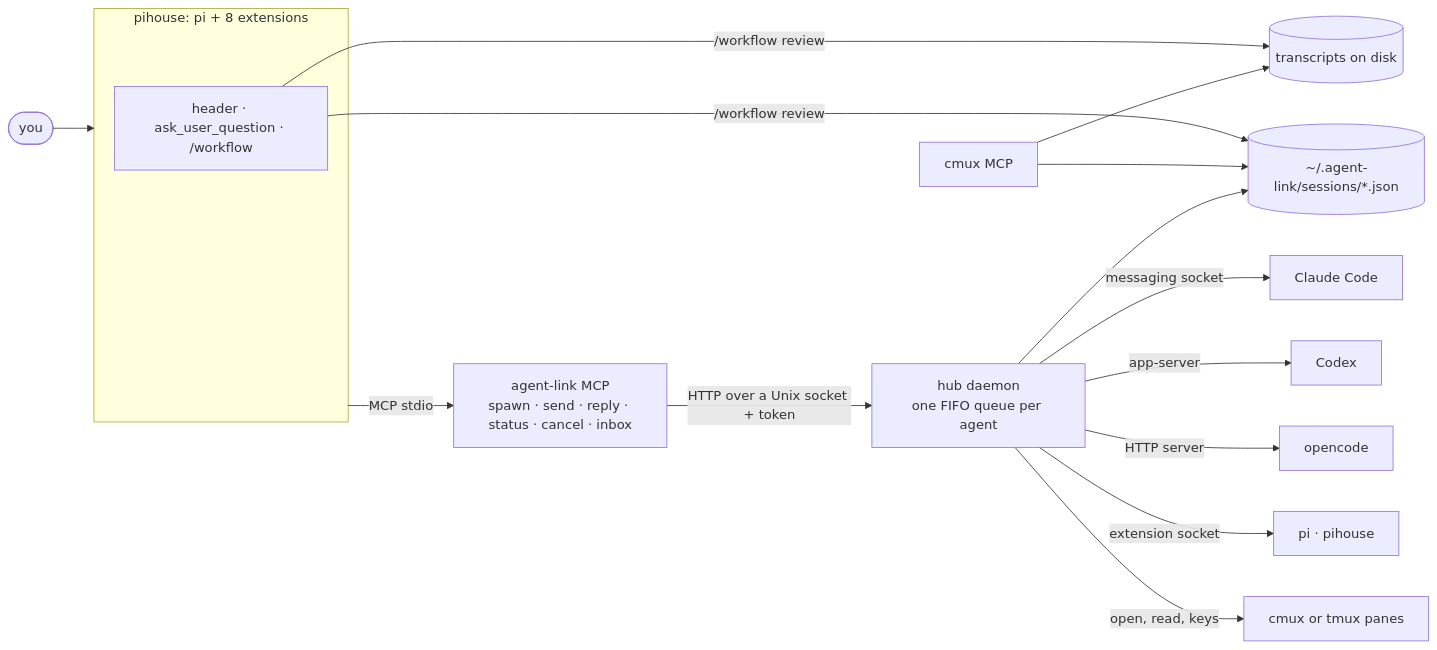
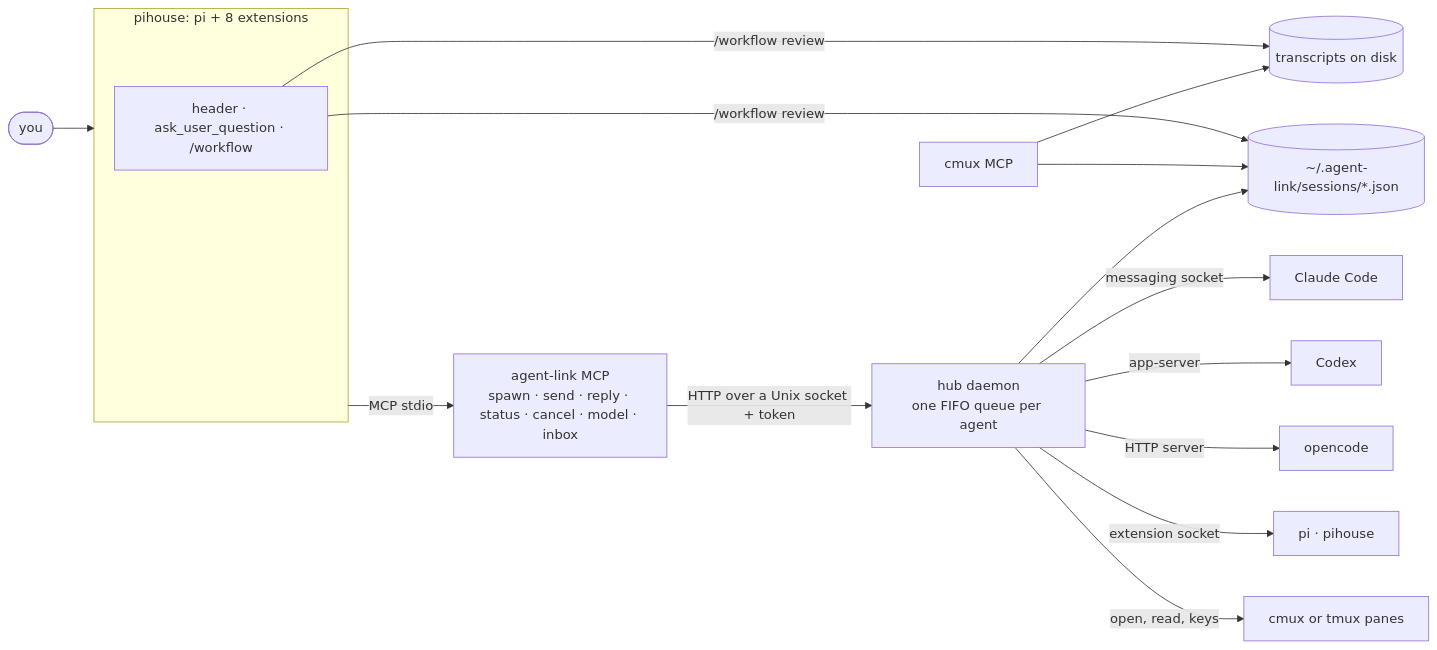
One commit to Jero110/pi-house changed the third of 3 diagrams in README.md. Above: the diagram before and after it, drawn with Mermaid. The commit also changed other lines of this file and 2 other files, not shown here.

Commit message:
docs: the model tool in the agent-link docs and installed skill
Problem: the README, architecture doc and the installed agent-link skill still listed seven MCP tools, so no agent or reader
knew that a worker's model can be changed, or what retry and interrupt do.
Example: a Haiku worker hits a rate limit; a parent reading the skill had no way to learn that model({ retry: true }) sends
the failed message once after the switch, or that interrupt continues the task instead of repeating it.
Solution: the README table and the architecture doc name the eight tools and the switch semantics (ancestor only, exact
<provider>/<id>, supported adapters, idle and busy outcomes, retry and interrupt exclusive, explicit outcomes, no automatic
restart). The skill source gets the tool in its description and a section with the same rules. A switch does not bypass
quota, so account_usage (a pihouse tool) is named as the check, distinct from the agent-link MCP. Running hubs and sessions
keep the code they started with, so the docs say they need a restart.

````diff
--- a/README.md
+++ b/README.md
@@ -368,19 +369,19 @@
 ```mermaid
 flowchart LR
   you(["you"]) --> pihouse
   subgraph pihouse["pihouse: pi + 8 extensions"]
     ext["header · ask_user_question · /workflow"]
   end
-  pihouse -- "MCP stdio" --> mcp["agent-link MCP<br/>spawn · send · reply · status · cancel · inbox"]
+  pihouse -- "MCP stdio" --> mcp["agent-link MCP<br/>spawn · send · reply · status · cancel · model · inbox"]
   mcp -- "HTTP over a Unix socket + token" --> hub["hub daemon<br/>one FIFO queue per agent"]
   hub -- "messaging socket" --> claude["Claude Code"]
   hub -- "app-server" --> codex["Codex"]
   hub -- "HTTP server" --> oc["opencode"]
   hub -- "extension socket" --> piw["pi · pihouse"]
   hub -- "open, read, keys" --> panes["cmux or tmux panes"]
   hub --> journal[("~/.agent-link/sessions/*.json")]
   cmux["cmux MCP"] --> journal
   cmux --> tr[("transcripts on disk")]
   ext -- "/workflow review" --> journal
   ext -- "/workflow review" --> tr
 ```
````
